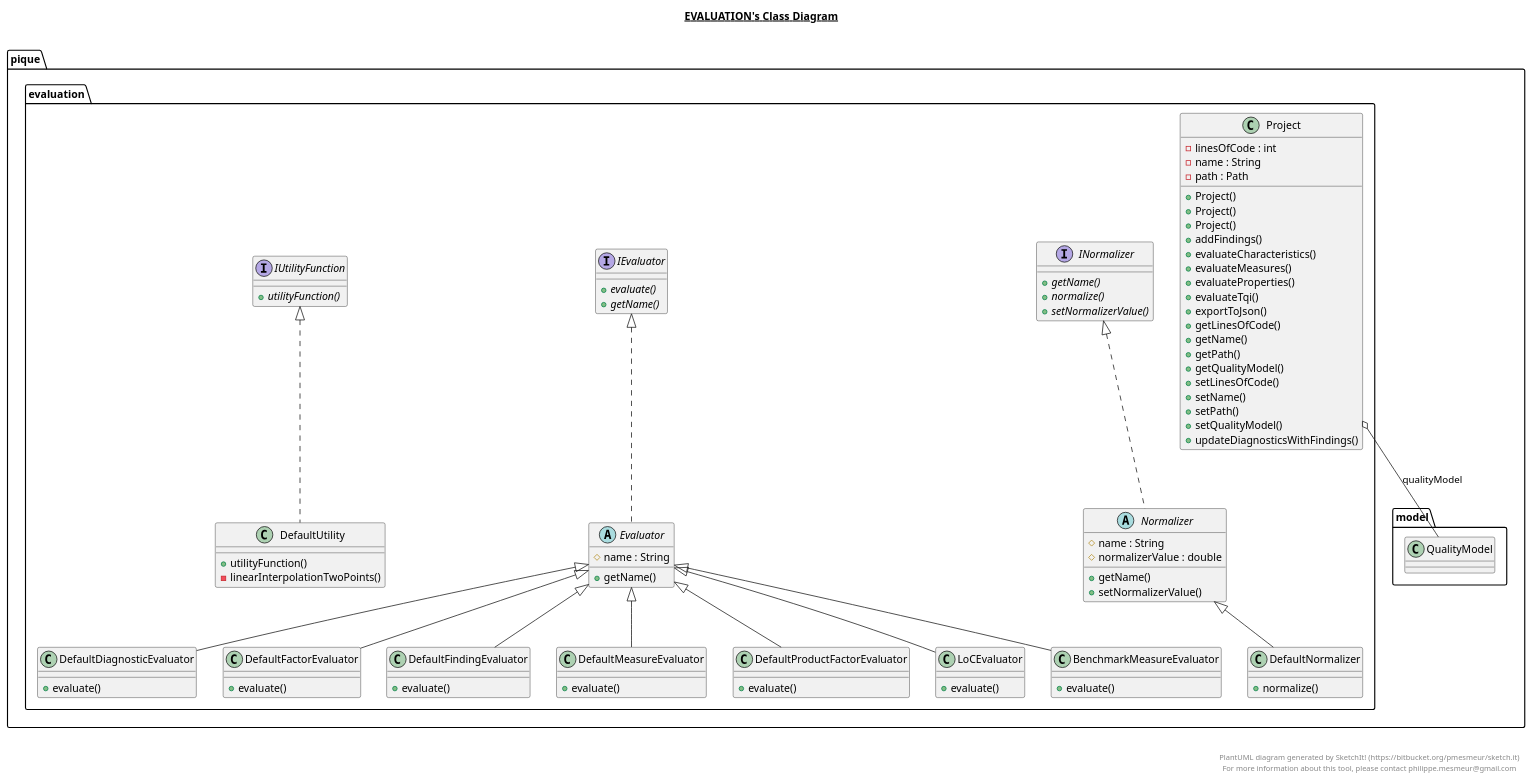
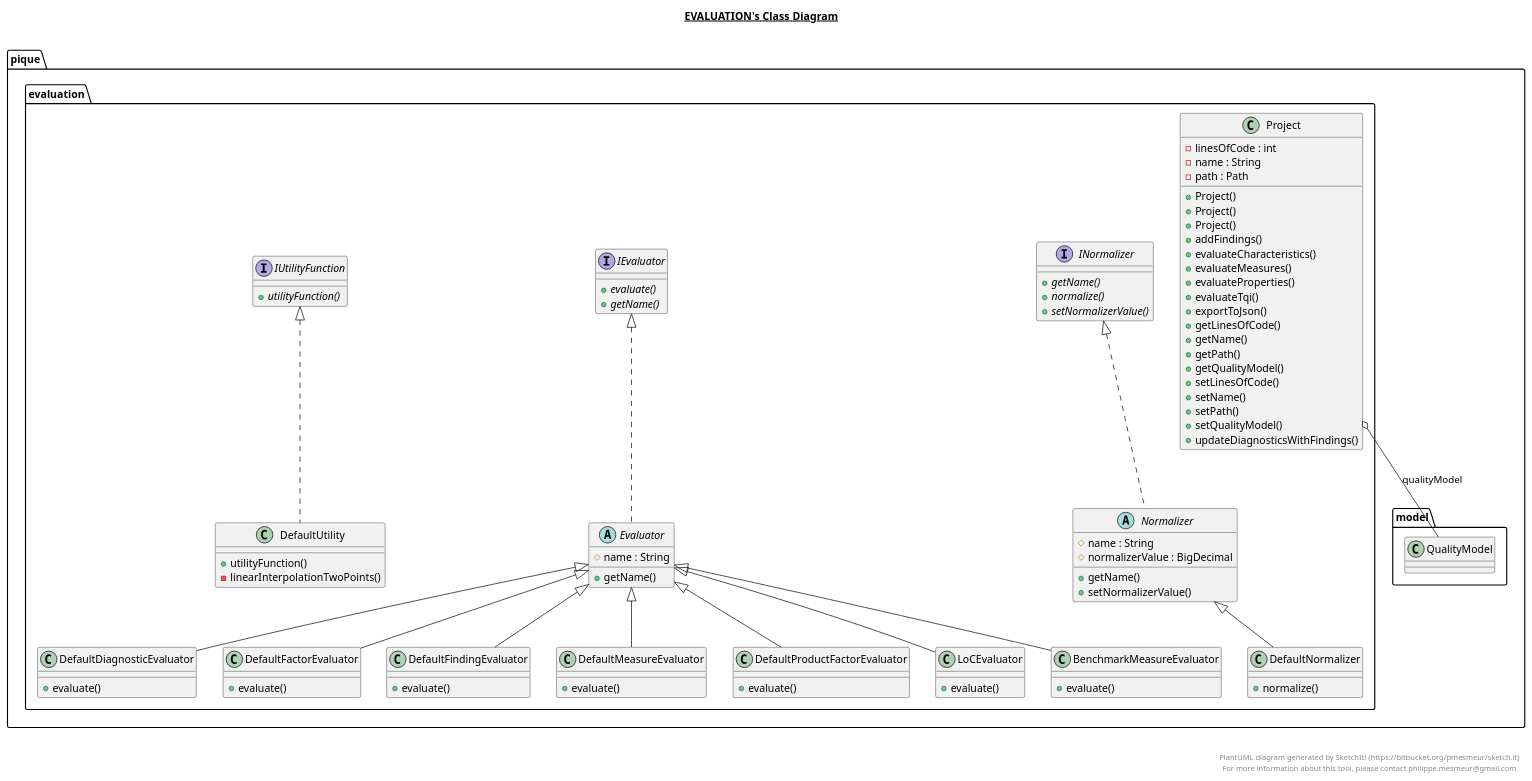
Before and after one commit to MSUSEL/msusel-pique: the diagram in src/main/java/pique/evaluation/evaluation.plantuml, drawn with PlantUML. The commit also changed 33 other files, not shown here.

Commit message:
Changed Doubles and doubles to BigDecimal

```diff
--- a/src/main/java/pique/evaluation/evaluation.plantuml
+++ b/src/main/java/pique/evaluation/evaluation.plantuml
@@ -1,159 +1,159 @@
 @startuml
 
 title __EVALUATION's Class Diagram__\n
 
   namespace pique.evaluation {
     class pique.evaluation.BenchmarkMeasureEvaluator {
         + evaluate()
     }
   }
   
 
   namespace pique.evaluation {
     class pique.evaluation.DefaultDiagnosticEvaluator {
         + evaluate()
     }
   }
   
 
   namespace pique.evaluation {
     class pique.evaluation.DefaultFactorEvaluator {
         + evaluate()
     }
   }
   
 
   namespace pique.evaluation {
     class pique.evaluation.DefaultFindingEvaluator {
         + evaluate()
     }
   }
   
 
   namespace pique.evaluation {
     class pique.evaluation.DefaultMeasureEvaluator {
         + evaluate()
     }
   }
   
 
   namespace pique.evaluation {
     class pique.evaluation.DefaultNormalizer {
         + normalize()
     }
   }
   
 
   namespace pique.evaluation {
     class pique.evaluation.DefaultProductFactorEvaluator {
         + evaluate()
     }
   }
   
 
   namespace pique.evaluation {
     class pique.evaluation.DefaultUtility {
         + utilityFunction()
         - linearInterpolationTwoPoints()
     }
   }
   
 
   namespace pique.evaluation {
     abstract class pique.evaluation.Evaluator {
         # name : String
         + getName()
     }
   }
   
 
   namespace pique.evaluation {
     interface pique.evaluation.IEvaluator {
         {abstract} + evaluate()
         {abstract} + getName()
     }
   }
   
 
   namespace pique.evaluation {
     interface pique.evaluation.INormalizer {
         {abstract} + getName()
         {abstract} + normalize()
         {abstract} + setNormalizerValue()
     }
   }
   
 
   namespace pique.evaluation {
     interface pique.evaluation.IUtilityFunction {
         {abstract} + utilityFunction()
     }
   }
   
 
   namespace pique.evaluation {
     class pique.evaluation.LoCEvaluator {
         + evaluate()
     }
   }
   
 
   namespace pique.evaluation {
     abstract class pique.evaluation.Normalizer {
         # name : String
-        # normalizerValue : double
+        # normalizerValue : BigDecimal
         + getName()
         + setNormalizerValue()
     }
   }
   
 
   namespace pique.evaluation {
     class pique.evaluation.Project {
         - linesOfCode : int
         - name : String
         - path : Path
         + Project()
         + Project()
         + Project()
         + addFindings()
         + evaluateCharacteristics()
         + evaluateMeasures()
         + evaluateProperties()
         + evaluateTqi()
         + exportToJson()
         + getLinesOfCode()
         + getName()
         + getPath()
         + getQualityModel()
         + setLinesOfCode()
         + setName()
         + setPath()
         + setQualityModel()
         + updateDiagnosticsWithFindings()
     }
   }
   
 
   pique.evaluation.BenchmarkMeasureEvaluator -up-|> pique.evaluation.Evaluator
   pique.evaluation.DefaultDiagnosticEvaluator -up-|> pique.evaluation.Evaluator
   pique.evaluation.DefaultFactorEvaluator -up-|> pique.evaluation.Evaluator
   pique.evaluation.DefaultFindingEvaluator -up-|> pique.evaluation.Evaluator
   pique.evaluation.DefaultMeasureEvaluator -up-|> pique.evaluation.Evaluator
   pique.evaluation.DefaultNormalizer -up-|> pique.evaluation.Normalizer
   pique.evaluation.DefaultProductFactorEvaluator -up-|> pique.evaluation.Evaluator
   pique.evaluation.DefaultUtility .up.|> pique.evaluation.IUtilityFunction
   pique.evaluation.Evaluator .up.|> pique.evaluation.IEvaluator
   pique.evaluation.LoCEvaluator -up-|> pique.evaluation.Evaluator
   pique.evaluation.Normalizer .up.|> pique.evaluation.INormalizer
   pique.evaluation.Project o-- pique.model.QualityModel : qualityModel
 
 
 right footer
 
 
 PlantUML diagram generated by SketchIt! (https://bitbucket.org/pmesmeur/sketch.it)
 For more information about this tool, please contact philippe.mesmeur@gmail.com
 endfooter
 
 @enduml
```
